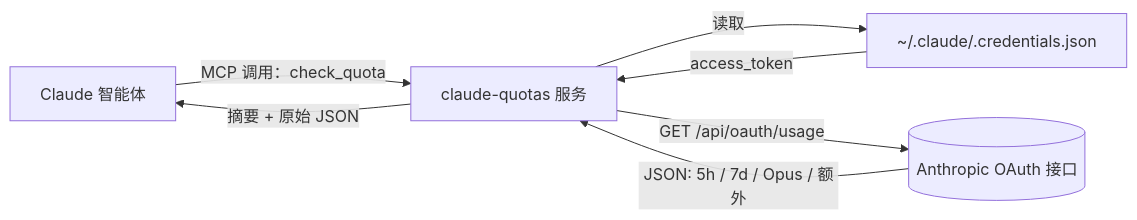
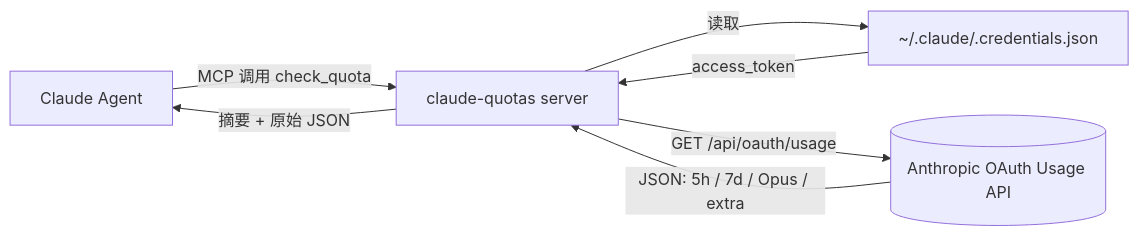
Before and after one commit to FruityMaxine/claude-quotas: the diagram in README.zh-CN.md, drawn with Mermaid. The commit also changed other lines of this file and 1 other file, not shown here.

````diff
--- a/README.zh-CN.md
+++ b/README.zh-CN.md
@@ -125,9 +131,9 @@
 ```mermaid
 flowchart LR
-    A[Claude 智能体] -->|MCP 调用：check_quota| B[claude-quotas 服务]
+    A[Claude Agent] -->|MCP 调用 check_quota| B[claude-quotas server]
     B -->|读取| C[~/.claude/.credentials.json]
     C -->|access_token| B
-    B -->|GET /api/oauth/usage| D[(Anthropic OAuth 接口)]
-    D -->|JSON: 5h / 7d / Opus / 额外| B
+    B -->|GET /api/oauth/usage| D[(Anthropic OAuth Usage API)]
+    D -->|JSON: 5h / 7d / Opus / extra| B
     B -->|摘要 + 原始 JSON| A
 ```
````
